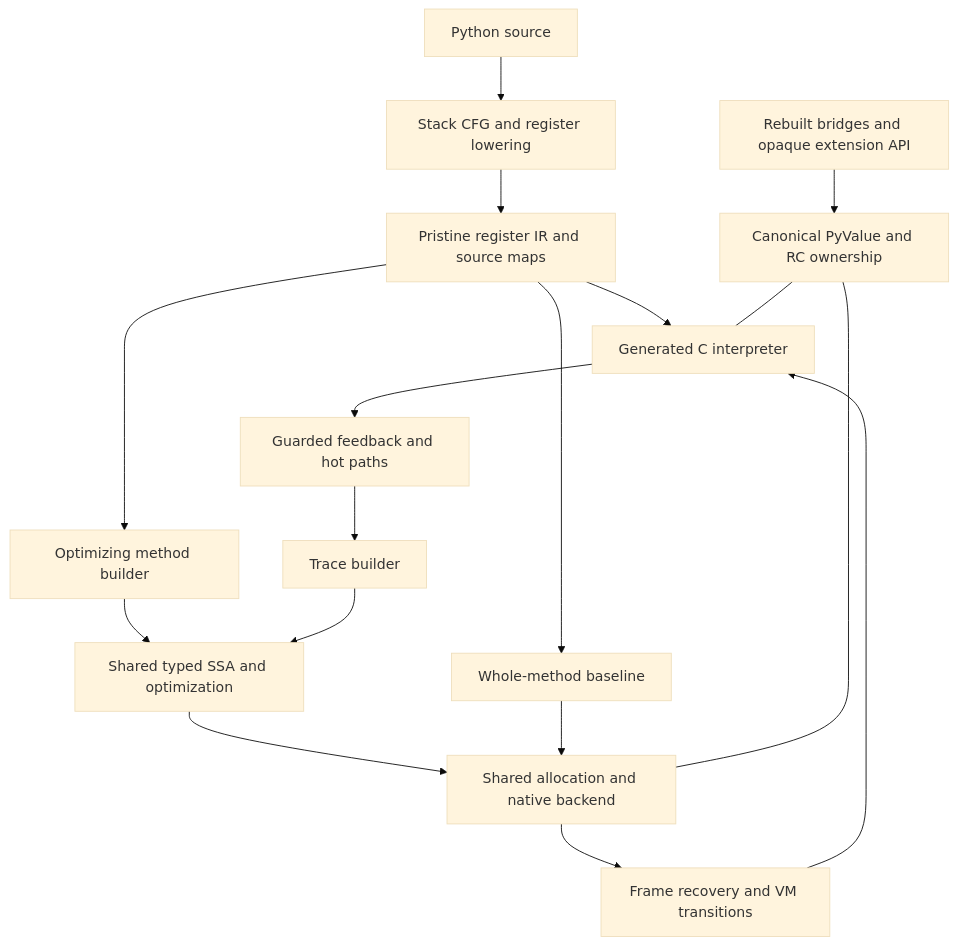
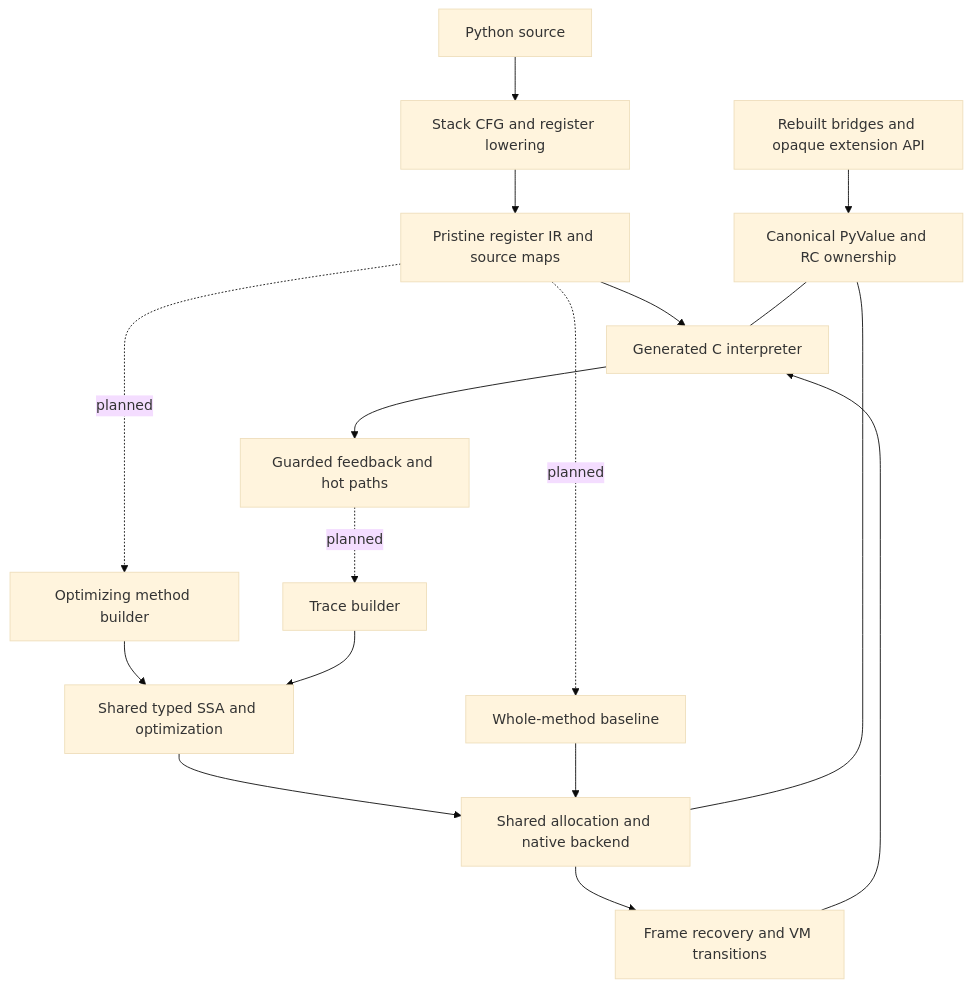
The diagram in pyjit/design/runtime-architecture.md (rjpower/cpython), drawn with Mermaid (base theme) before and after one commit. The commit also changed other lines of this file and 22 other files, not shown here.

Commit message:
Freeze golden interpreter baseline and document architectural follow-up

````diff
--- a/pyjit/design/runtime-architecture.md
+++ b/pyjit/design/runtime-architecture.md
@@ -8,19 +8,19 @@
 ```mermaid
 flowchart TD
     Source[Python source] --> CFG[Stack CFG and register lowering]
     CFG --> IR[Pristine register IR and source maps]
     IR --> VM[Generated C interpreter]
-    IR --> Baseline[Whole-method baseline]
-    IR --> Methods[Optimizing method builder]
+    IR -. planned .-> Baseline[Whole-method baseline]
+    IR -. planned .-> Methods[Optimizing method builder]
     VM --> Feedback[Guarded feedback and hot paths]
-    Feedback --> Traces[Trace builder]
+    Feedback -. planned .-> Traces[Trace builder]
     Methods --> SSA[Shared typed SSA and optimization]
     Traces --> SSA
     SSA --> Native[Shared allocation and native backend]
     Baseline --> Native
     Native --> Recovery[Frame recovery and VM transitions]
     Recovery --> VM
     Values[Canonical PyValue and RC ownership] --- VM
     Values --- Native
     Extensions[Rebuilt bridges and opaque extension API] --> Values
 ```
````
